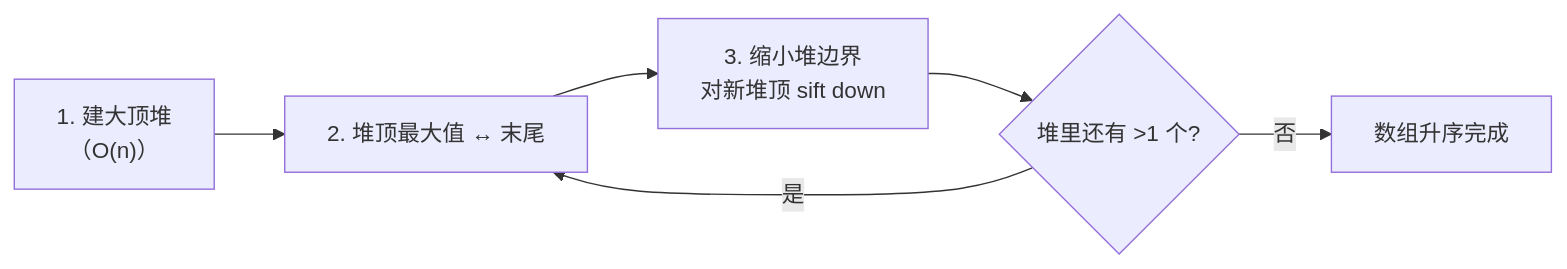
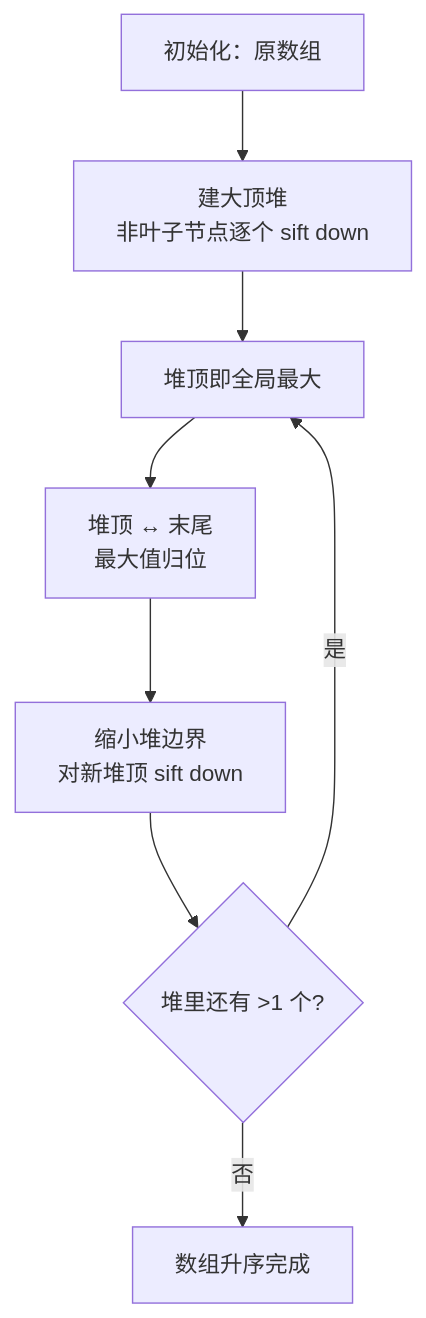
The first of 2 diagrams in 19-大厂加餐/腾讯加餐/补充题6-手撕堆排序.md (OctalZero/hot100-py), drawn with Mermaid before and after one commit. The commit also changed other lines of this file and 117 other files, not shown here.

First line of the commit message:
feat: 全题解配图升级为「动画式 mermaid」（总览骨架 + 横向时间线逐步推演）

````diff
--- a/19-大厂加餐/腾讯加餐/补充题6-手撕堆排序.md
+++ b/19-大厂加餐/腾讯加餐/补充题6-手撕堆排序.md
@@ -25,8 +25,10 @@
 ```mermaid
-flowchart LR
-    A["1. 建大顶堆<br/>（O(n)）"] --> B["2. 堆顶最大值 ↔ 末尾"]
-    B --> C["3. 缩小堆边界<br/>对新堆顶 sift down"]
-    C --> D{"堆里还有 >1 个?"}
-    D -- "是" --> B
-    D -- "否" --> E["数组升序完成"]
+flowchart TD
+    A["初始化：原数组"] --> B["建大顶堆<br/>非叶子节点逐个 sift down"]
+    B --> C["堆顶即全局最大"]
+    C --> D["堆顶 ↔ 末尾<br/>最大值归位"]
+    D --> E["缩小堆边界<br/>对新堆顶 sift down"]
+    E --> F{"堆里还有 >1 个?"}
+    F -->|"是"| C
+    F -->|"否"| G["数组升序完成"]
 ```
````
